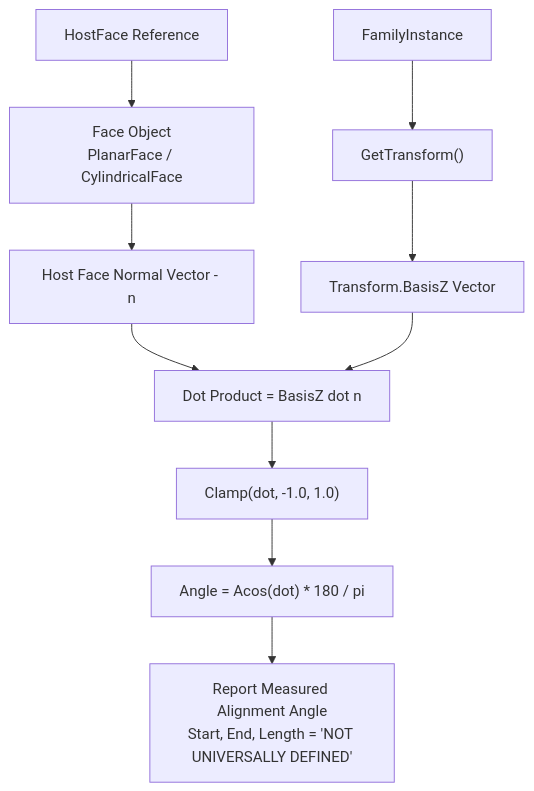
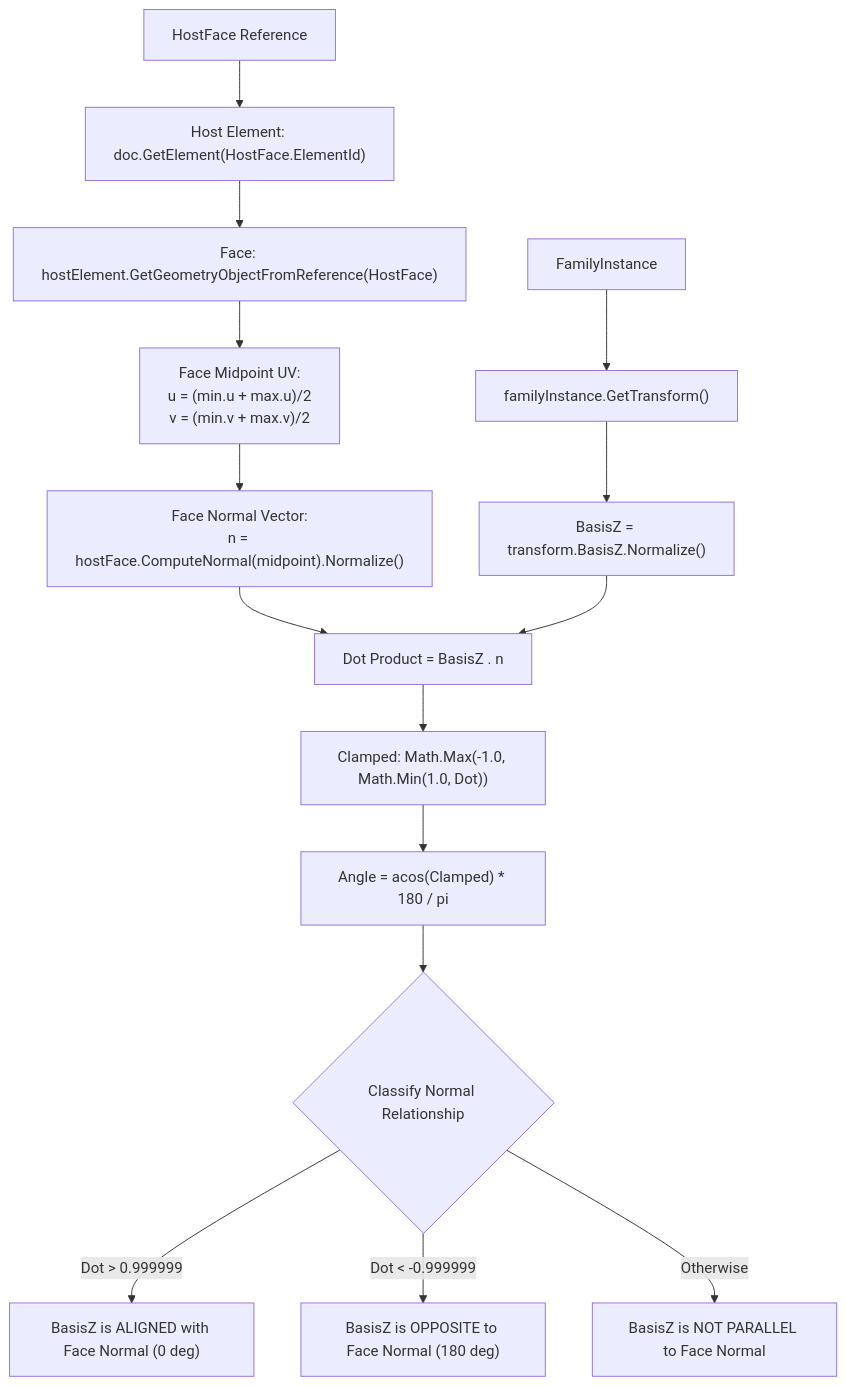
One commit to Mustafa-TOMMY/CommandSamplesRevitApiVer2025 changed diagram 17 of 21 in RevitApiSamples/Samples/TransformModule/TransformModule.md. Above: the diagram before and after it, drawn with Mermaid. The commit also changed other lines of this file, not shown here.

Commit message:
Update mermaid file

````diff
--- a/RevitApiSamples/Samples/TransformModule/TransformModule.md
+++ b/RevitApiSamples/Samples/TransformModule/TransformModule.md
@@ -557,14 +694,20 @@
 ```mermaid
 flowchart TD
-    HF["HostFace Reference"] --> FACE["Face Object<br/>PlanarFace / CylindricalFace"]
-    FACE --> NORM["Host Face Normal Vector - n"]
+    HF["HostFace Reference"] --> FE["Host Element: doc.GetElement(HostFace.ElementId)"]
+    FE --> FACE["Face: hostElement.GetGeometryObjectFromReference(HostFace)"]
+    FACE --> UV["Face Midpoint UV:<br/>u = (min.u + max.u)/2<br/>v = (min.v + max.v)/2"]
+    UV --> NORM["Face Normal Vector:<br/>n = hostFace.ComputeNormal(midpoint).Normalize()"]
 
-    FI["FamilyInstance"] --> T["GetTransform()"]
-    T --> BZ["Transform.BasisZ Vector"]
+    FI["FamilyInstance"] --> T["familyInstance.GetTransform()"]
+    T --> BZ["BasisZ = transform.BasisZ.Normalize()"]
 
-    NORM & BZ --> DOT["Dot Product = BasisZ dot n"]
-    DOT --> CLAMP["Clamp(dot, -1.0, 1.0)"]
-    CLAMP --> ANG["Angle = Acos(dot) * 180 / pi"]
+    NORM --> DOT["Dot Product = BasisZ . n"]
+    BZ --> DOT
+    DOT --> CLAMP["Clamped: Math.Max(-1.0, Math.Min(1.0, Dot))"]
+    CLAMP --> ANG["Angle = acos(Clamped) * 180 / pi"]
 
-    ANG --> REPORT["Report Measured Alignment Angle<br/>Start, End, Length = 'NOT UNIVERSALLY DEFINED'"]
+    ANG --> CLASSIFY{"Classify Normal Relationship"}
+    CLASSIFY -->|Dot > 0.999999| ALIGNED["BasisZ is ALIGNED with Face Normal (0 deg)"]
+    CLASSIFY -->|Dot < -0.999999| OPPOSITE["BasisZ is OPPOSITE to Face Normal (180 deg)"]
+    CLASSIFY -->|Otherwise| NONPARALLEL["BasisZ is NOT PARALLEL to Face Normal"]
 ```
````
